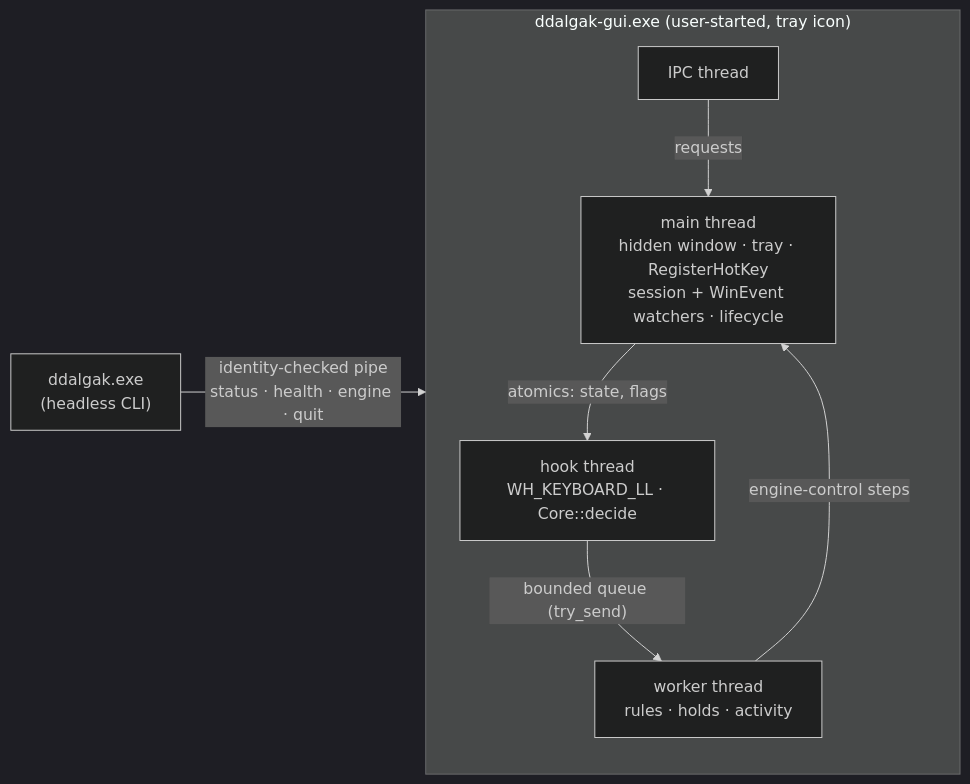
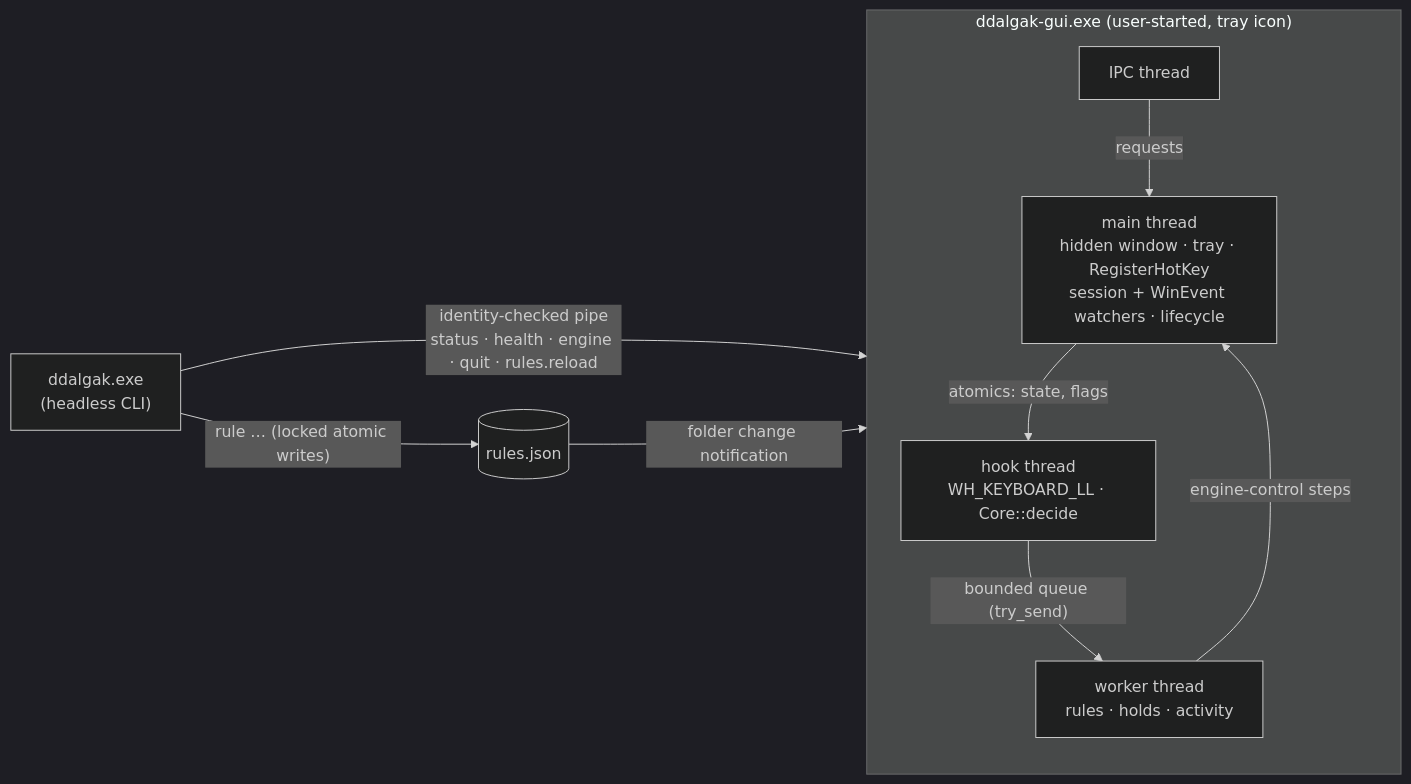
Before and after one commit to 7bvcxz/kim: the diagram in docs/DDALGAK_ENGINE.md, drawn with Mermaid (dark theme). The commit also changed other lines of this file and 12 other files, not shown here.

First line of the commit message:
Document the Ddalgak rule store and add its e2e scenario

````diff
--- a/docs/DDALGAK_ENGINE.md
+++ b/docs/DDALGAK_ENGINE.md
@@ -92,14 +95,16 @@
 ```mermaid
 flowchart LR
-  cli["ddalgak.exe<br/>(headless CLI)"] -- "identity-checked pipe<br/>status · health · engine · quit" --> app
+  cli["ddalgak.exe<br/>(headless CLI)"] -- "identity-checked pipe<br/>status · health · engine · quit · rules.reload" --> app
+  cli -- "rule … (locked atomic writes)" --> file[("rules.json")]
+  file -- "folder change notification" --> app
   subgraph app["ddalgak-gui.exe (user-started, tray icon)"]
     main["main thread<br/>hidden window · tray · RegisterHotKey<br/>session + WinEvent watchers · lifecycle"]
     hook["hook thread<br/>WH_KEYBOARD_LL · Core::decide"]
     worker["worker thread<br/>rules · holds · activity"]
     ipc["IPC thread"]
   end
   hook -- "bounded queue (try_send)" --> worker
   worker -- "engine-control steps" --> main
   ipc -- "requests" --> main
   main -- "atomics: state, flags" --> hook
 ```
````
